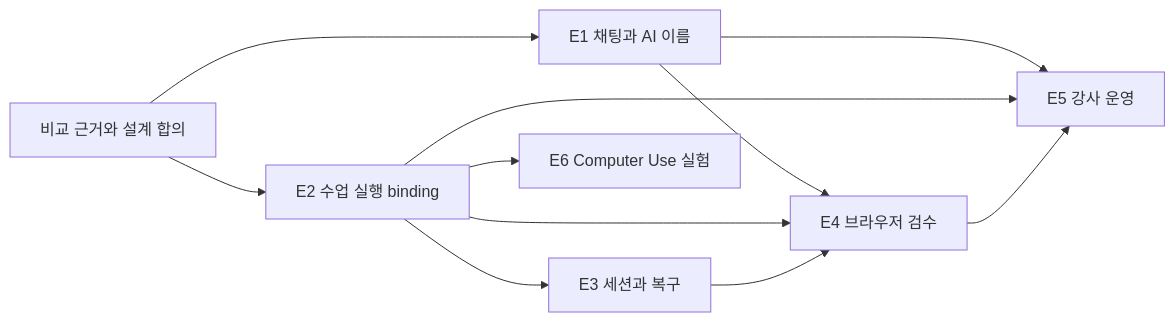
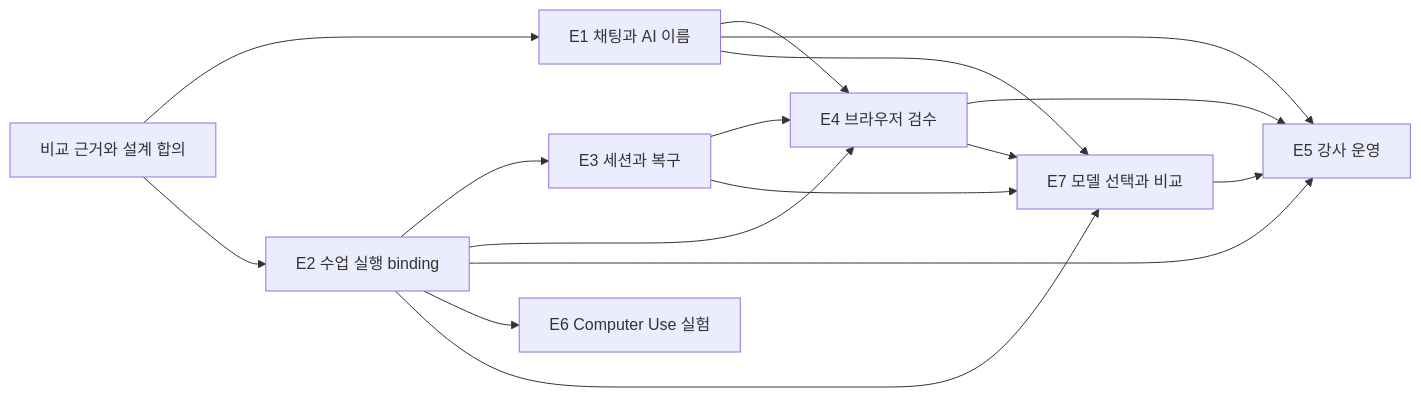
The diagram in docs/plan/learning-agent-experience-epics.md (jayleekr/hypeproof-studio), drawn with Mermaid before and after one commit. The commit also changed other lines of this file and 15 other files, not shown here.

````diff
--- a/docs/plan/learning-agent-experience-epics.md
+++ b/docs/plan/learning-agent-experience-epics.md
@@ -96,13 +117,18 @@
 ```mermaid
 flowchart LR
   R[비교 근거와 설계 합의] --> E1[E1 채팅과 AI 이름]
   R --> E2[E2 수업 실행 binding]
   E2 --> E3[E3 세션과 복구]
   E1 --> E4[E4 브라우저 검수]
   E2 --> E4
   E3 --> E4
   E1 --> E5[E5 강사 운영]
   E2 --> E5
   E4 --> E5
   E2 --> E6[E6 Computer Use 실험]
+  E1 --> E7[E7 모델 선택과 비교]
+  E2 --> E7
+  E3 --> E7
+  E4 --> E7
+  E7 --> E5
 ```
````
